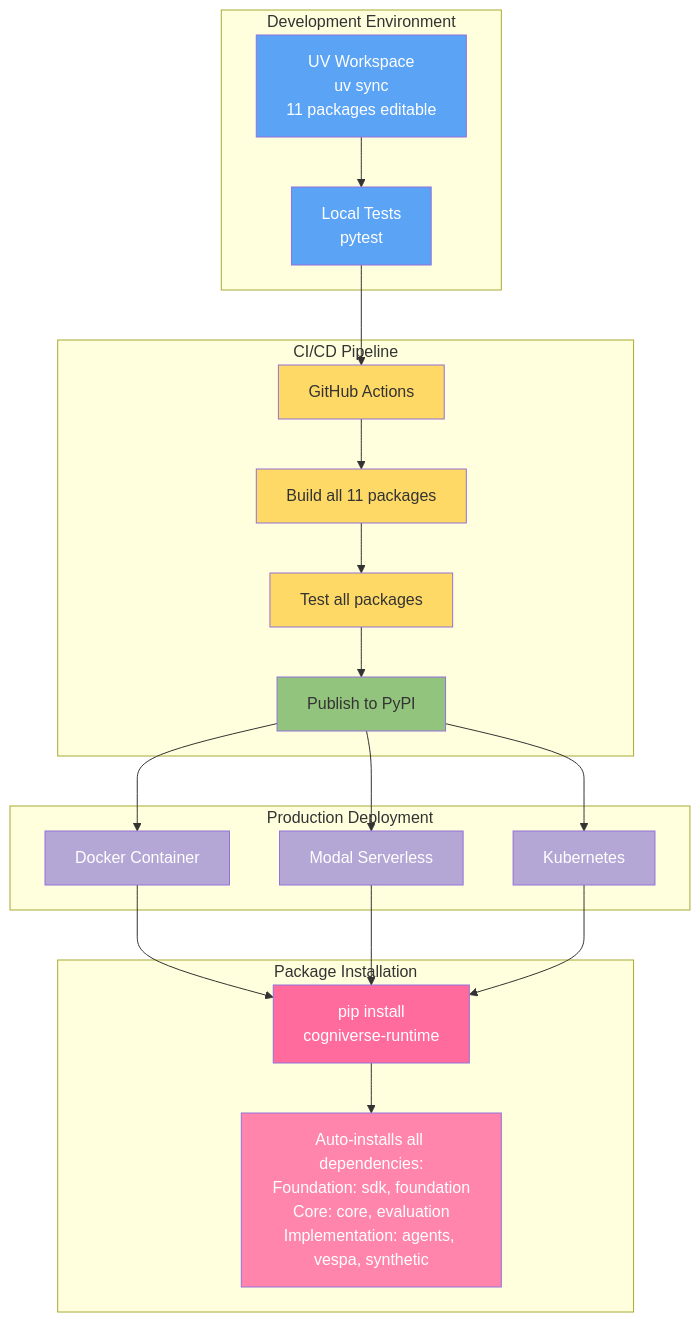
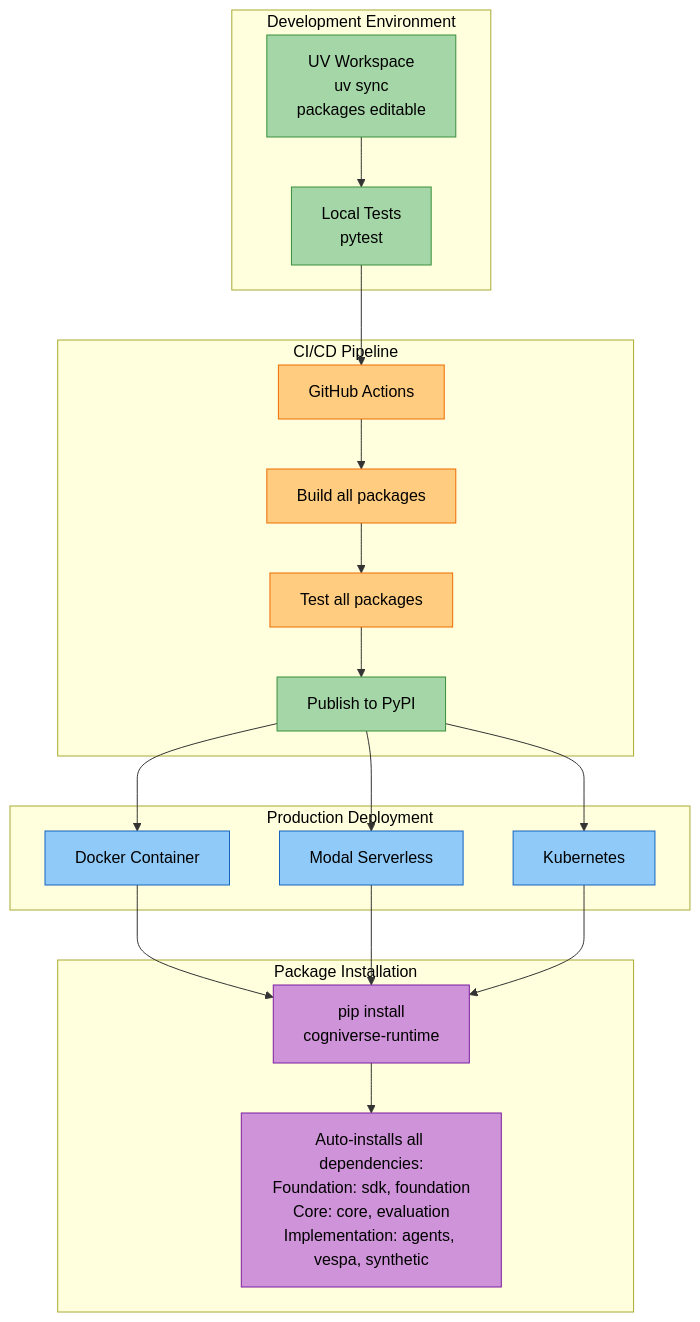
Diagram 17 of 17 in docs/diagrams/sdk-architecture-diagrams.md (amit-jain/cogniverse), drawn with Mermaid before and after one commit. The commit also changed other lines of this file and 83 other files, not shown here.

First line of the commit message:
Fix documentation veracity, formatting, and diagrams across all modules

````diff
--- a/docs/diagrams/sdk-architecture-diagrams.md
+++ b/docs/diagrams/sdk-architecture-diagrams.md
@@ -858,52 +851,52 @@
 ```mermaid
-graph TB
-    subgraph "Development Environment"
-        DevWorkspace[UV Workspace<br/>uv sync<br/>11 packages editable]
-        DevTests[Local Tests<br/>pytest]
+flowchart TB
+    subgraph DevEnv["<span style='color:#000'>Development Environment</span>"]
+        DevWorkspace["<span style='color:#000'>UV Workspace<br/>uv sync<br/>packages editable</span>"]
+        DevTests["<span style='color:#000'>Local Tests<br/>pytest</span>"]
     end
 
-    subgraph "CI/CD Pipeline"
-        GitHub[GitHub Actions]
-        BuildAll[Build all 11 packages]
-        TestAll[Test all packages]
-        PublishPyPI[Publish to PyPI]
+    subgraph CICD["<span style='color:#000'>CI/CD Pipeline</span>"]
+        GitHub["<span style='color:#000'>GitHub Actions</span>"]
+        BuildAll["<span style='color:#000'>Build all packages</span>"]
+        TestAll["<span style='color:#000'>Test all packages</span>"]
+        PublishPyPI["<span style='color:#000'>Publish to PyPI</span>"]
     end
 
-    subgraph "Production Deployment"
-        Docker[Docker Container]
-        Modal[Modal Serverless]
-        Kubernetes[Kubernetes]
+    subgraph ProdDeploy["<span style='color:#000'>Production Deployment</span>"]
+        Docker["<span style='color:#000'>Docker Container</span>"]
+        Modal["<span style='color:#000'>Modal Serverless</span>"]
+        Kubernetes["<span style='color:#000'>Kubernetes</span>"]
     end
 
-    subgraph "Package Installation"
-        ProdInstall[pip install<br/>cogniverse-runtime]
-        AllDeps[Auto-installs all dependencies:<br/>Foundation: sdk, foundation<br/>Core: core, evaluation<br/>Implementation: agents, vespa, synthetic]
+    subgraph PkgInstall["<span style='color:#000'>Package Installation</span>"]
+        ProdInstall["<span style='color:#000'>pip install<br/>cogniverse-runtime</span>"]
+        AllDeps["<span style='color:#000'>Auto-installs all dependencies:<br/>Foundation: sdk, foundation<br/>Core: core, evaluation<br/>Implementation: agents, vespa, synthetic</span>"]
     end
 
     DevWorkspace --> DevTests
     DevTests --> GitHub
     GitHub --> BuildAll
     BuildAll --> TestAll
     TestAll --> PublishPyPI
 
     PublishPyPI --> Docker
     PublishPyPI --> Modal
     PublishPyPI --> Kubernetes
 
     Docker --> ProdInstall
     Modal --> ProdInstall
     Kubernetes --> ProdInstall
     ProdInstall --> AllDeps
 
-    style DevWorkspace fill:#5BA3F5,color:#fff
-    style DevTests fill:#5BA3F5,color:#fff
-    style GitHub fill:#FFD966
-    style BuildAll fill:#FFD966
-    style TestAll fill:#FFD966
-    style PublishPyPI fill:#93C47D
-    style Docker fill:#B4A7D6,color:#fff
-    style Modal fill:#B4A7D6,color:#fff
-    style Kubernetes fill:#B4A7D6,color:#fff
-    style ProdInstall fill:#FF6B9D,color:#fff
-    style AllDeps fill:#FF85AD,color:#fff
+    style DevWorkspace fill:#a5d6a7,stroke:#388e3c,color:#000
+    style DevTests fill:#a5d6a7,stroke:#388e3c,color:#000
+    style GitHub fill:#ffcc80,stroke:#ef6c00,color:#000
+    style BuildAll fill:#ffcc80,stroke:#ef6c00,color:#000
+    style TestAll fill:#ffcc80,stroke:#ef6c00,color:#000
+    style PublishPyPI fill:#a5d6a7,stroke:#388e3c,color:#000
+    style Docker fill:#90caf9,stroke:#1565c0,color:#000
+    style Modal fill:#90caf9,stroke:#1565c0,color:#000
+    style Kubernetes fill:#90caf9,stroke:#1565c0,color:#000
+    style ProdInstall fill:#ce93d8,stroke:#7b1fa2,color:#000
+    style AllDeps fill:#ce93d8,stroke:#7b1fa2,color:#000
 ```
````
